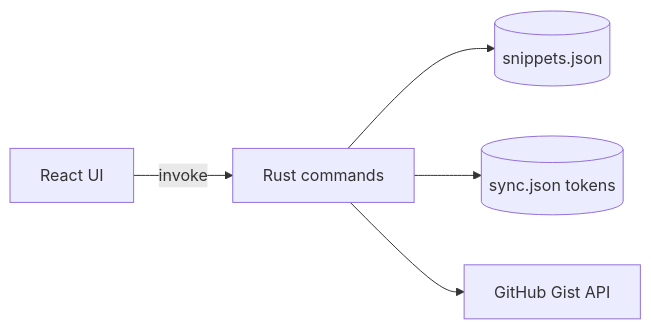
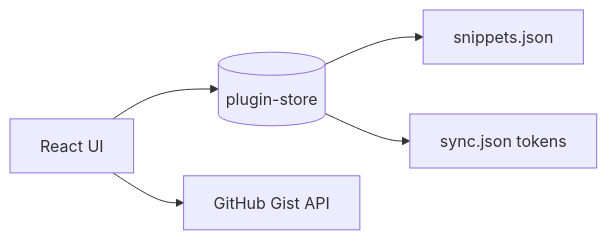
The diagram in docs/ARCHITECTURE.md (Masterofowls/sniplet), drawn with Mermaid before and after one commit. The commit also changed other lines of this file and 15 other files, not shown here.

````diff
--- a/docs/ARCHITECTURE.md
+++ b/docs/ARCHITECTURE.md
@@ -13,7 +13,7 @@
 ```mermaid
 flowchart LR
-  UI[React UI] -->|invoke| Rust[Rust commands]
-  Rust --> Local[(snippets.json)]
-  Rust --> Store[(sync.json tokens)]
-  Rust --> GitHub[GitHub Gist API]
+  UI[React UI] --> Store[(plugin-store)]
+  UI --> GitHub[GitHub Gist API]
+  Store --> Snippets[snippets.json]
+  Store --> Sync[sync.json tokens]
 ```
````
